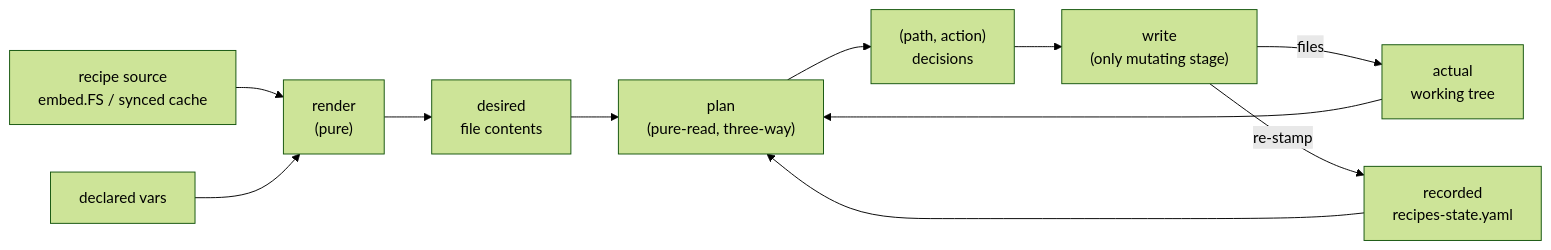
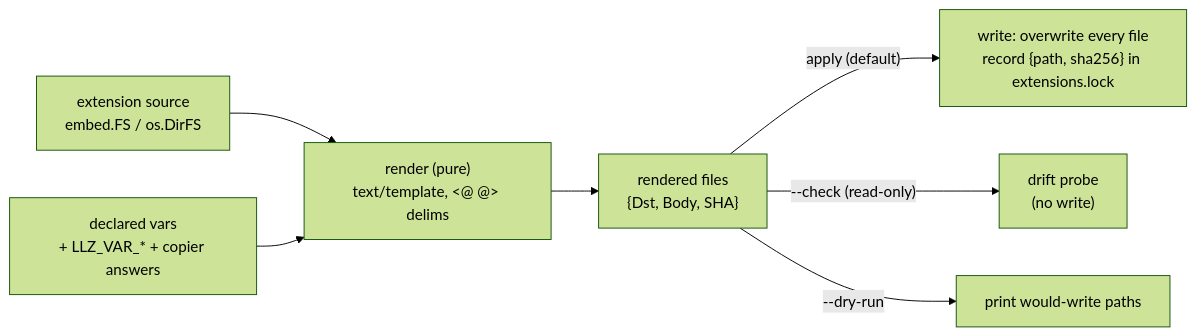
One commit to akamai-consulting/lke-landing-zone changed the eighth of 14 diagrams in docs/architecture/recipes.md. Above: the diagram before and after it, drawn with Mermaid (forest theme). The commit also changed other lines of this file and 21 other files, not shown here.

First line of the commit message:
feat(llz): explicit stage: universal for cross-cutting extensions (schema v3)

````diff
--- a/docs/architecture/recipes.md
+++ b/docs/architecture/recipes.md
@@ -567,17 +527,12 @@
 ```mermaid
 flowchart LR
-  src["recipe source<br/>embed.FS / synced cache"]
-  vars["declared vars"]
-  src --> render["render<br/>(pure)"]
+  src["extension source<br/>embed.FS / os.DirFS"]
+  vars["declared vars<br/>+ LLZ_VAR_* + copier answers"]
+  src --> render["render (pure)<br/>text/template, &lt;@ @&gt; delims"]
   vars --> render
-  render --> desired["desired<br/>file contents"]
+  render --> desired["rendered files<br/>{Dst, Body, SHA}"]
 
-  desired --> plan["plan<br/>(pure-read, three-way)"]
-  recorded["recorded<br/>recipes-state.yaml"] --> plan
-  actual["actual<br/>working tree"] --> plan
-  plan --> decisions["(path, action)<br/>decisions"]
-
-  decisions --> write["write<br/>(only mutating stage)"]
-  write -->|files| actual
-  write -->|re-stamp| recorded
+  desired -->|"apply (default)"| write["write: overwrite every file<br/>record {path, sha256} in extensions.lock"]
+  desired -->|"--check (read-only)"| probe["drift probe<br/>(no write)"]
+  desired -->|"--dry-run"| echo["print would-write paths"]
 ```
````
